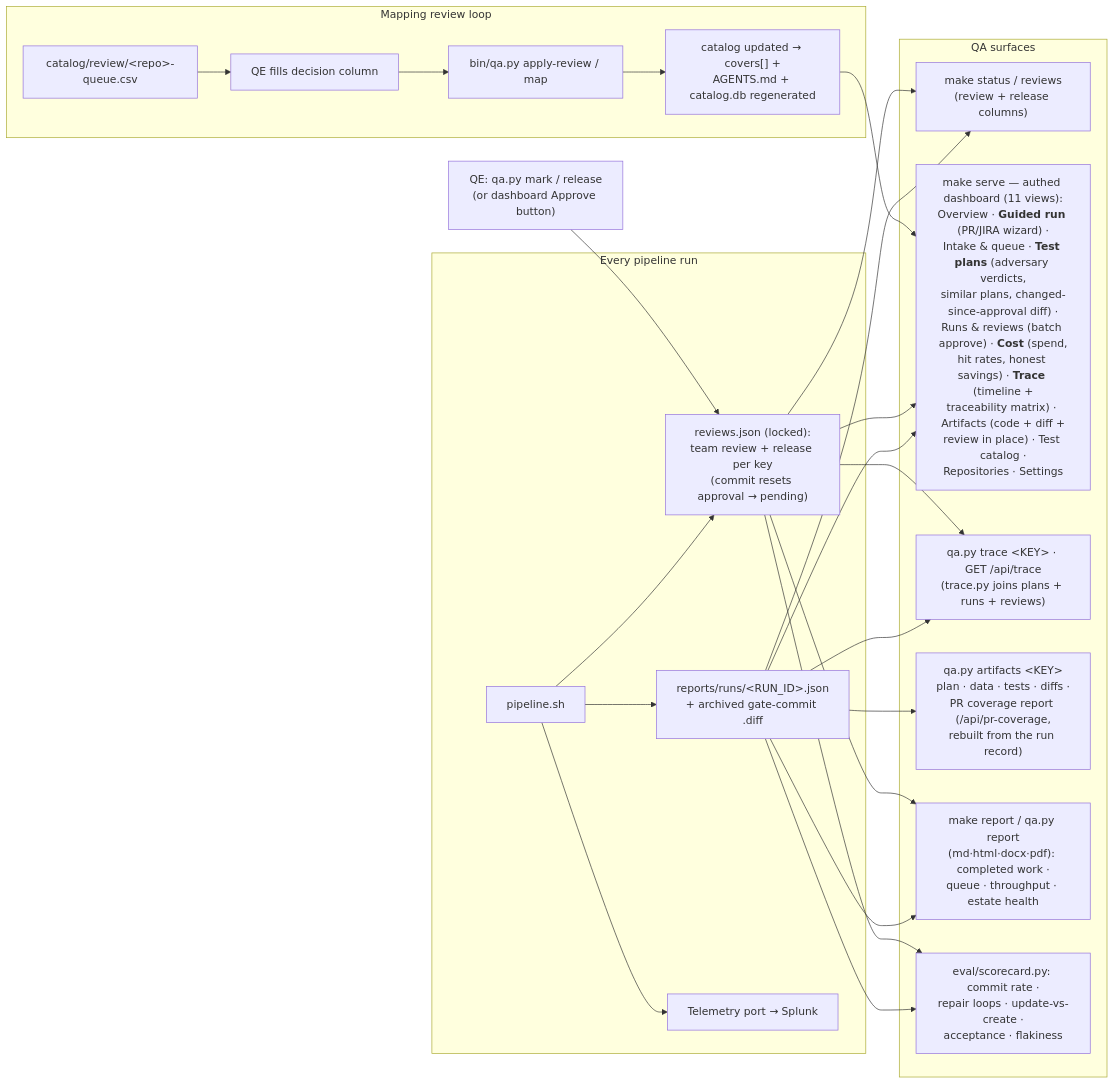
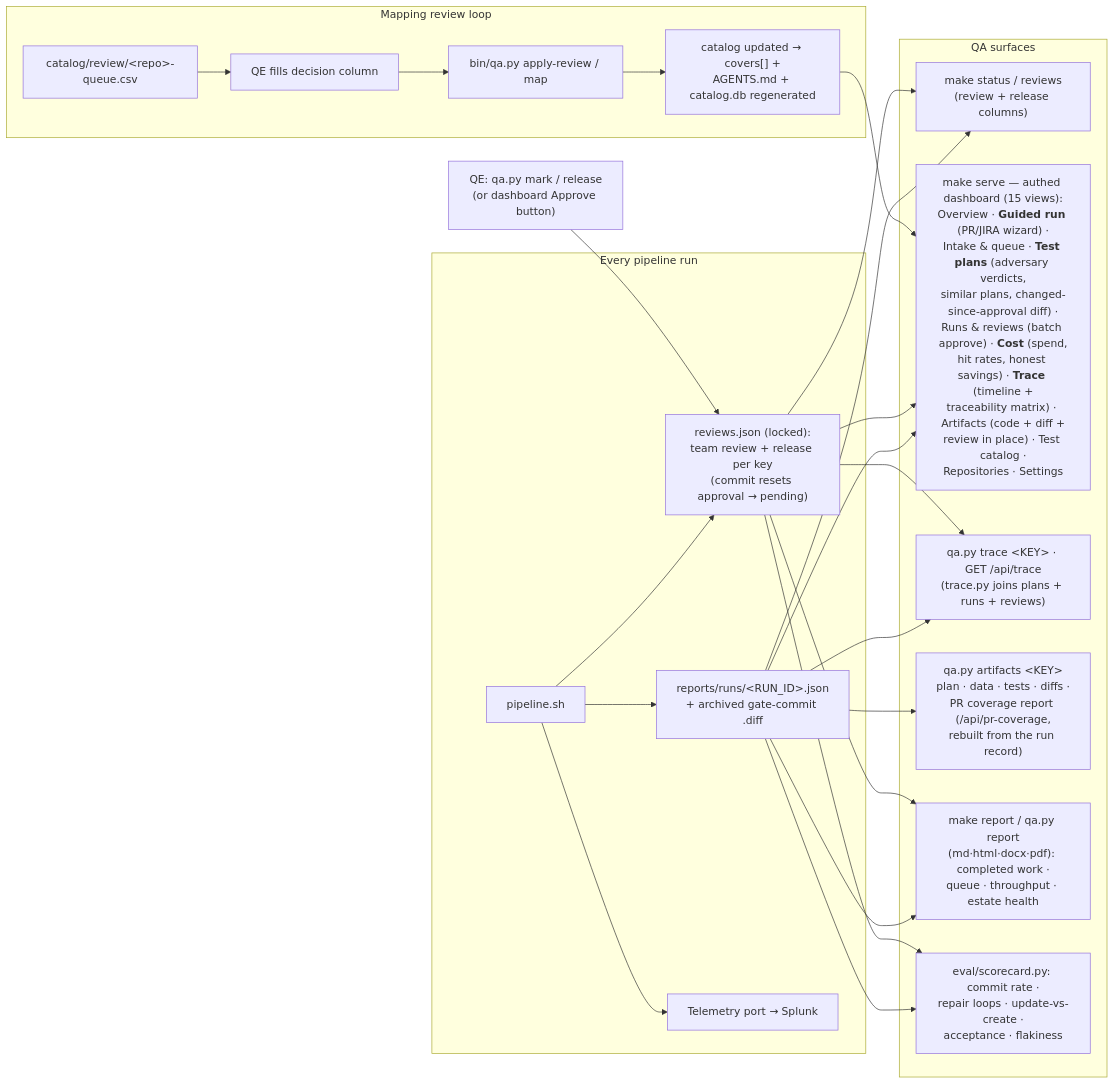
Before and after one commit to anandtopu/auto-tests-gen: the tenth of 25 diagrams in docs/diagrams.md, drawn with Mermaid. The commit also changed other lines of this file and 16 other files, not shown here.

````diff
--- a/docs/diagrams.md
+++ b/docs/diagrams.md
@@ -300,38 +301,38 @@
 ```mermaid
 flowchart LR
     subgraph RUNTIME["Every pipeline run"]
         P["pipeline.sh"] --> RR["reports/runs/&lt;RUN_ID&gt;.json<br/>+ archived gate-commit .diff"]
         P --> RS["reviews.json (locked):<br/>team review + release per key<br/>(commit resets approval → pending)"]
         P --> TEL["Telemetry port → Splunk"]
     end
 
     subgraph SURFACES["QA surfaces"]
         ST["make status / reviews<br/>(review + release columns)"]
-        DB["make serve — authed dashboard (11 views):<br/>Overview · <b>Guided run</b> (PR/JIRA wizard) ·<br/>Intake &amp; queue · <b>Test plans</b> (adversary verdicts,<br/>similar plans, changed-since-approval diff) ·<br/>Runs &amp; reviews (batch approve) · <b>Cost</b> (spend,<br/>hit rates, honest savings) · <b>Trace</b> (timeline +<br/>traceability matrix) · Artifacts (code + diff +<br/>review in place) · Test catalog ·<br/>Repositories · Settings"]
+        DB["make serve — authed dashboard (15 views):<br/>Overview · <b>Guided run</b> (PR/JIRA wizard) ·<br/>Intake &amp; queue · <b>Test plans</b> (adversary verdicts,<br/>similar plans, changed-since-approval diff) ·<br/>Runs &amp; reviews (batch approve) · <b>Cost</b> (spend,<br/>hit rates, honest savings) · <b>Trace</b> (timeline +<br/>traceability matrix) · Artifacts (code + diff +<br/>review in place) · Test catalog ·<br/>Repositories · Settings"]
         TRC["qa.py trace &lt;KEY&gt; · GET /api/trace<br/>(trace.py joins plans + runs + reviews)"]
         AR["qa.py artifacts &lt;KEY&gt;<br/>plan · data · tests · diffs ·<br/>PR coverage report (/api/pr-coverage,<br/>rebuilt from the run record)"]
         REP["make report / qa.py report<br/>(md·html·docx·pdf): completed work ·<br/>queue · throughput · estate health"]
         SC["eval/scorecard.py: commit rate ·<br/>repair loops · update-vs-create ·<br/>acceptance · flakiness"]
     end
 
     RR --> ST
     RR --> DB
     RR --> TRC
     RS --> TRC
     RR --> AR
     RR --> REP
     RR --> SC
     RS --> ST
     RS --> DB
     RS --> REP
     RS --> SC
     TEAM["QE: qa.py mark / release<br/>(or dashboard Approve button)"] --> RS
 
     subgraph REVIEW["Mapping review loop"]
         Q1["catalog/review/&lt;repo&gt;-queue.csv"] --> Q2["QE fills decision column"]
         Q2 --> Q3["bin/qa.py apply-review / map"]
         Q3 --> Q4["catalog updated → covers[] +<br/>AGENTS.md + catalog.db regenerated"]
     end
 
     Q4 --> DB
 ```
````
